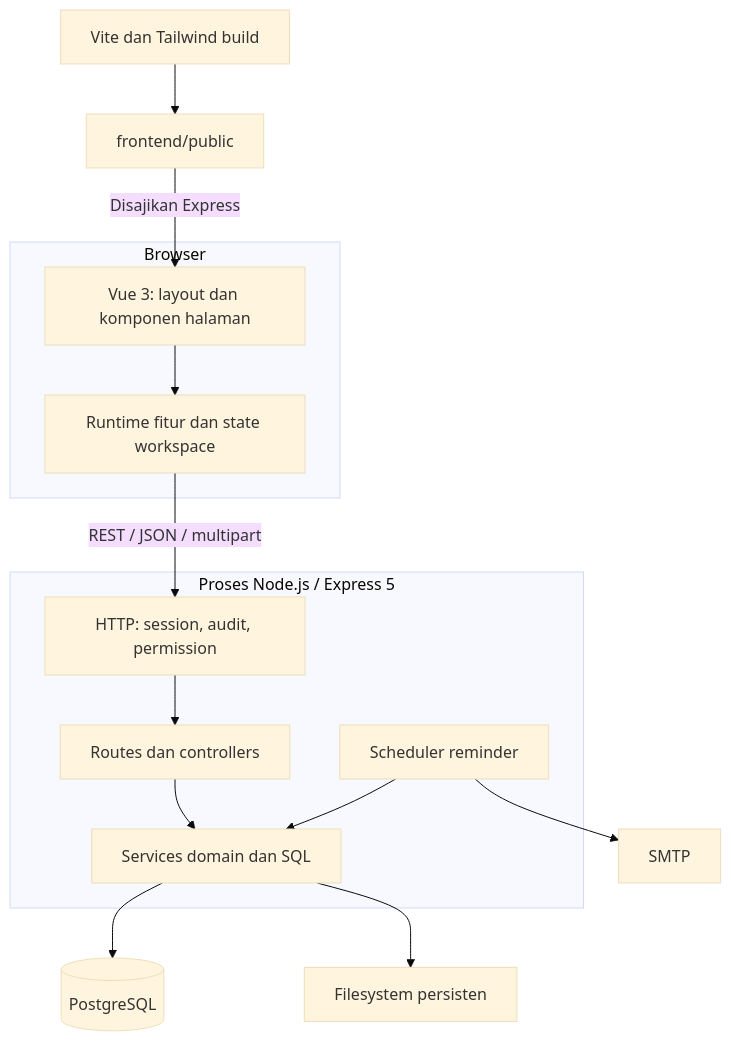
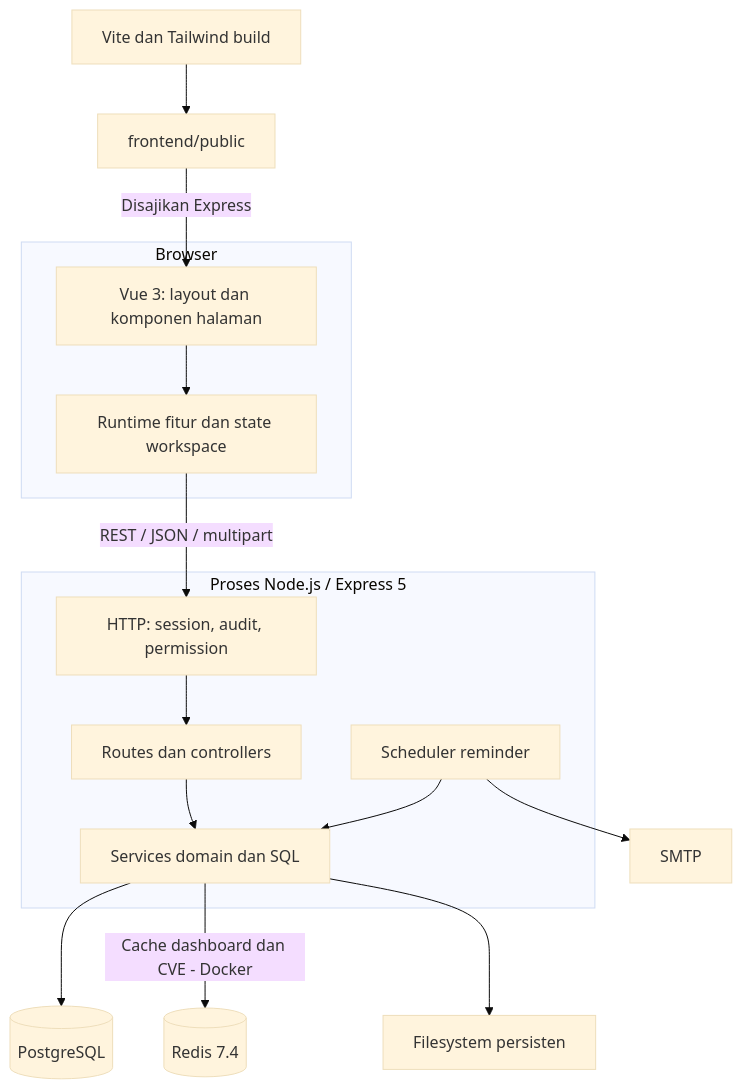
Before and after one commit to lukmanul160/IT-Security-Maturity-Basis-NIST-CSF-2.0-: the second of 3 diagrams in docs/HIGH_LEVEL_DESIGN.md, drawn with Mermaid (base theme). The commit also changed other lines of this file and 12 other files, not shown here.

````diff
--- a/docs/HIGH_LEVEL_DESIGN.md
+++ b/docs/HIGH_LEVEL_DESIGN.md
@@ -46,22 +46,23 @@
 ```mermaid
 flowchart TB
     subgraph Browser
       V[Vue 3: layout dan komponen halaman]
       W[Runtime fitur dan state workspace]
       V --> W
     end
     subgraph Server[Proses Node.js / Express 5]
       H[HTTP: session, audit, permission]
       C[Routes dan controllers]
       B[Services domain dan SQL]
       J[Scheduler reminder]
       H --> C --> B
       J --> B
     end
     W -->|REST / JSON / multipart| H
     B --> DB[(PostgreSQL)]
+    B -->|Cache dashboard dan CVE - Docker| R[(Redis 7.4)]
     B --> FS[Filesystem persisten]
     J --> SMTP[SMTP]
     Build[Vite dan Tailwind build] --> Assets[frontend/public]
     Assets -->|Disajikan Express| V
 ```
````
